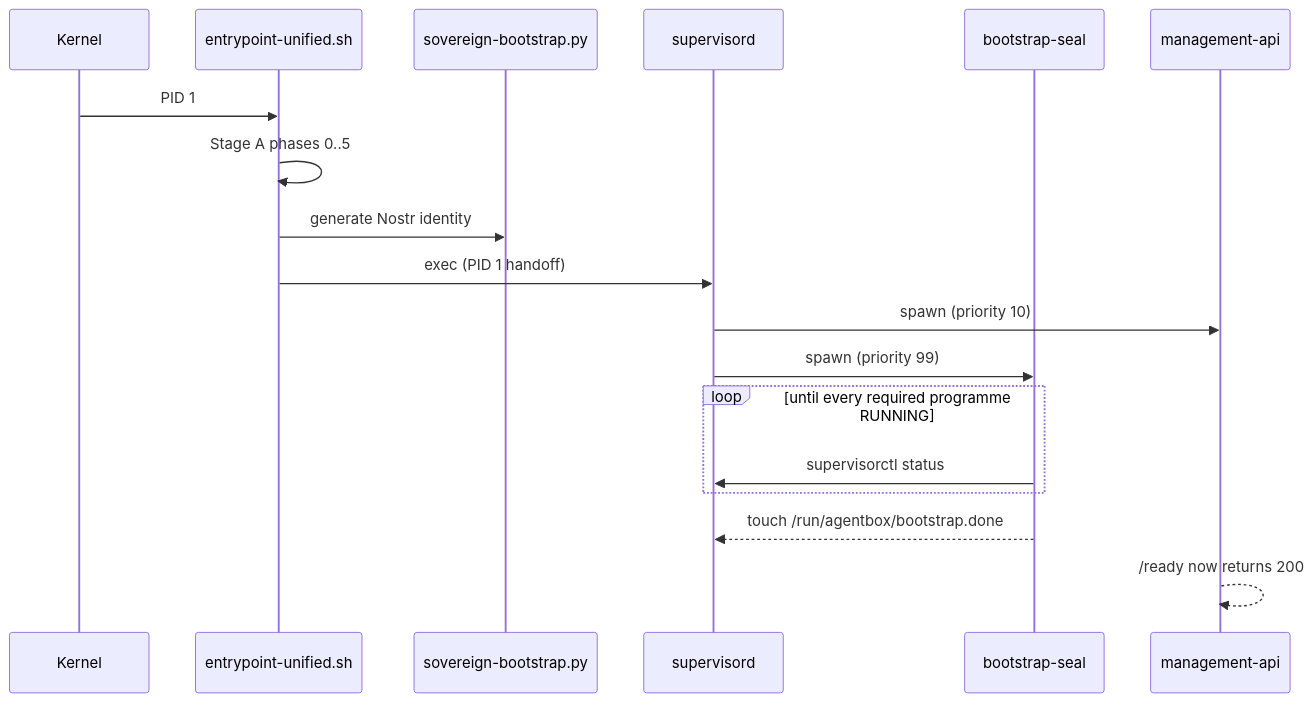
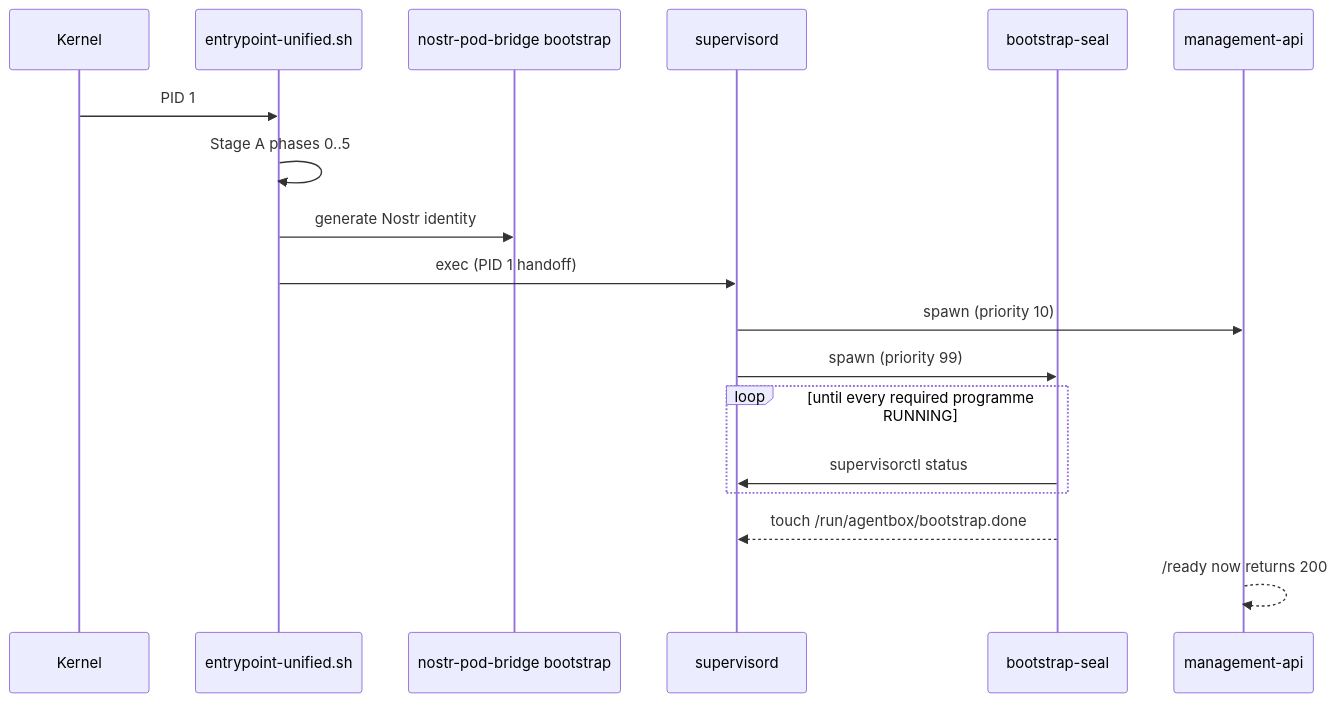
Before and after one commit to DreamLab-AI/agentbox: the second of 4 diagrams in docs/developer/architecture.md, drawn with Mermaid. The commit also changed other lines of this file and 11 other files, not shown here.

First line of the commit message:
docs: point the sovereign identity docs at nostr-pod-bridge

````diff
--- a/docs/developer/architecture.md
+++ b/docs/developer/architecture.md
@@ -149,21 +149,21 @@
 ```mermaid
 sequenceDiagram
     participant Kernel
     participant Entry as entrypoint-unified.sh
-    participant Boot as sovereign-bootstrap.py
+    participant Boot as nostr-pod-bridge bootstrap
     participant Sup as supervisord
     participant Seal as bootstrap-seal
     participant API as management-api
 
     Kernel->>Entry: PID 1
     Entry->>Entry: Stage A phases 0..5
     Entry->>Boot: generate Nostr identity
     Entry->>Sup: exec (PID 1 handoff)
     Sup->>API: spawn (priority 10)
     Sup->>Seal: spawn (priority 99)
     loop until every required programme RUNNING
         Seal->>Sup: supervisorctl status
     end
     Seal-->>Sup: touch /run/agentbox/bootstrap.done
     API-->>API: /ready now returns 200
 ```
````
